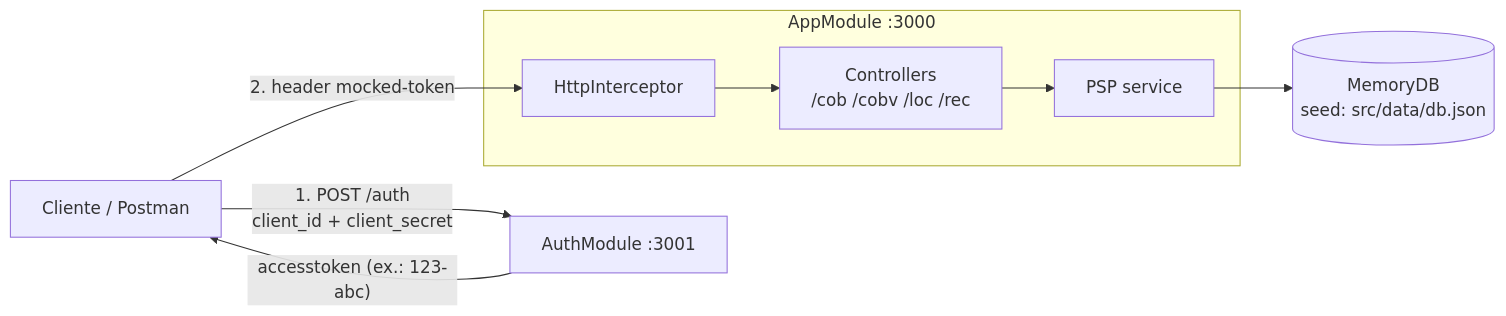
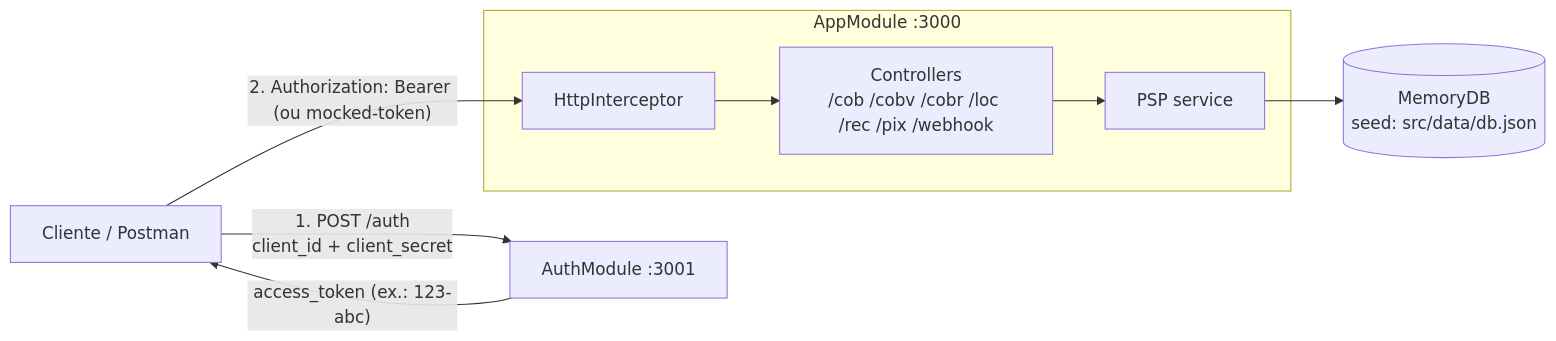
Before and after one commit to sync-projects-team/pix-mocked-server-devbacega: the diagram in README.md, drawn with Mermaid. The commit also changed other lines of this file and 3 other files, not shown here.

Commit message:
docs: atualiza arquitetura/README/regras com cobr, rec, pix, webhook e adiciona parecer Kaizen

````diff
--- a/README.md
+++ b/README.md
@@ -41,11 +41,11 @@
 ```mermaid
 flowchart LR
     C[Cliente / Postman] -- "1. POST /auth<br/>client_id + client_secret" --> A[AuthModule :3001]
-    A -- "accesstoken (ex.: 123-abc)" --> C
-    C -- "2. header mocked-token" --> I[HttpInterceptor]
+    A -- "access_token (ex.: 123-abc)" --> C
+    C -- "2. Authorization: Bearer (ou mocked-token)" --> I[HttpInterceptor]
     subgraph API[AppModule :3000]
-        I --> K[Controllers<br/>/cob /cobv /loc /rec]
+        I --> K[Controllers<br/>/cob /cobv /cobr /loc /rec /pix /webhook]
         K --> P[PSP service]
     end
     P --> M[(MemoryDB<br/>seed: src/data/db.json)]
 ```
````
